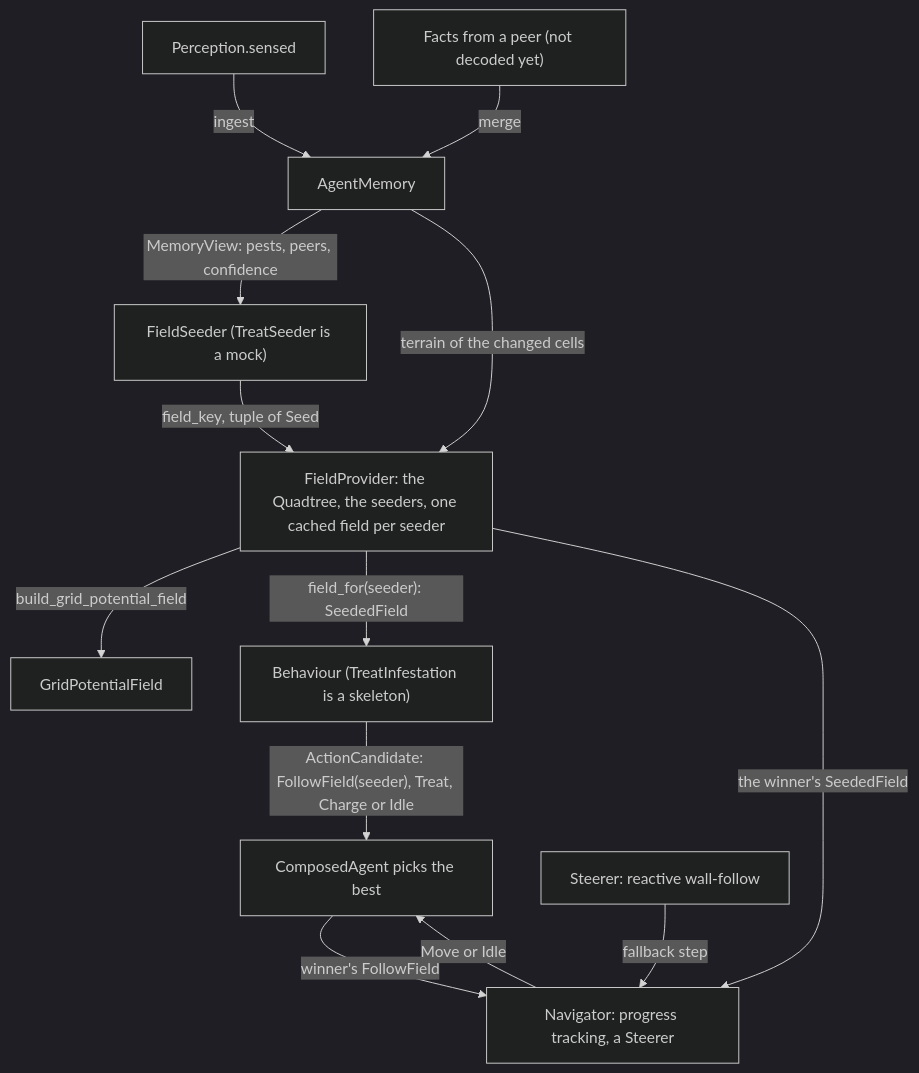
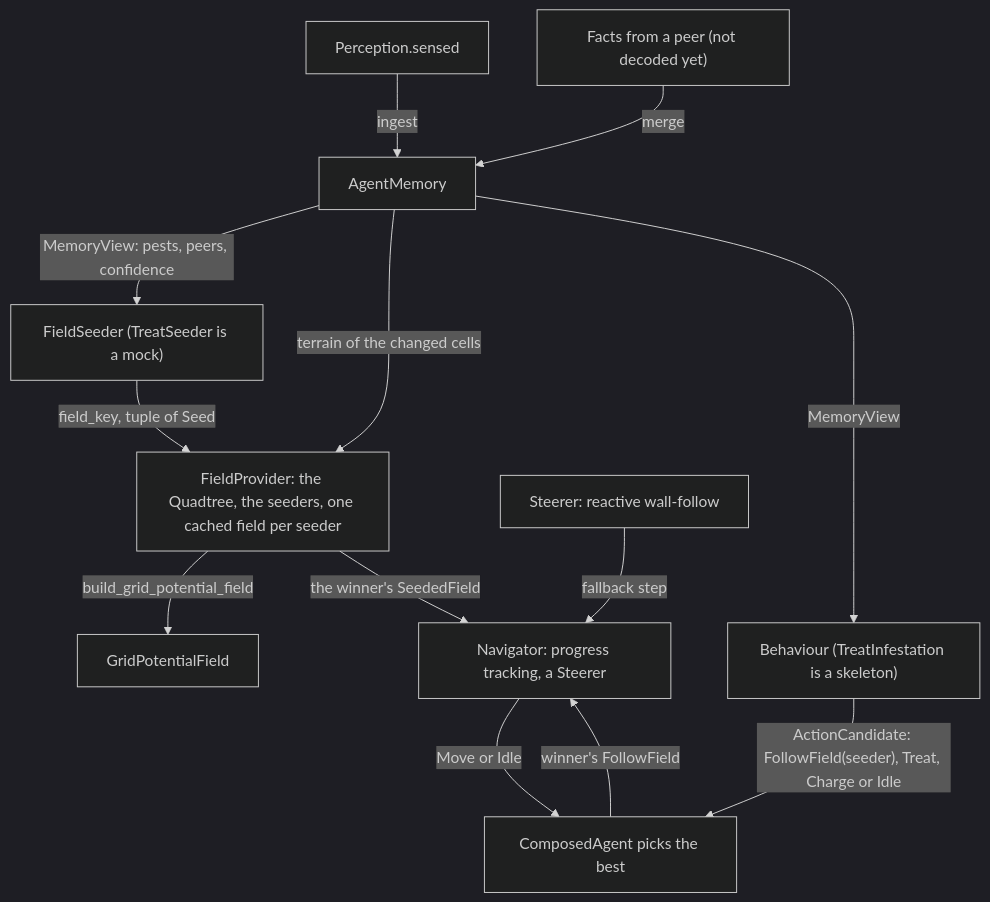
The first of 2 diagrams in docs/robot-memory-and-navigation.md (TychoGrapendaal/JIP_Swarm_Field), drawn with Mermaid (dark theme) before and after one commit. The commit also changed other lines of this file and 8 other files, not shown here.

First line of the commit message:
Behaviours score from state and memory, never from a field

````diff
--- a/docs/robot-memory-and-navigation.md
+++ b/docs/robot-memory-and-navigation.md
@@ -5,15 +5,15 @@
 ```mermaid
 flowchart TD
     S["Perception.sensed"] -->|ingest| M["AgentMemory"]
     P["Facts from a peer (not decoded yet)"] -->|merge| M
     M -->|"MemoryView: pests, peers, confidence"| O["FieldSeeder (TreatSeeder is a mock)"]
     M -->|"terrain of the changed cells"| FP["FieldProvider: the Quadtree, the seeders, one cached field per seeder"]
     O -->|"field_key, tuple of Seed"| FP
     FP -->|build_grid_potential_field| F["GridPotentialField"]
-    FP -->|"field_for(seeder): SeededField"| H["Behaviour (TreatInfestation is a skeleton)"]
+    M -->|"MemoryView"| H["Behaviour (TreatInfestation is a skeleton)"]
     H -->|"ActionCandidate: FollowField(seeder), Treat, Charge or Idle"| A["ComposedAgent picks the best"]
     FP -->|"the winner's SeededField"| N["Navigator: progress tracking, a Steerer"]
     A -->|"winner's FollowField"| N
     ST["Steerer: reactive wall-follow"] -->|"fallback step"| N
     N -->|"Move or Idle"| A
 ```
````
